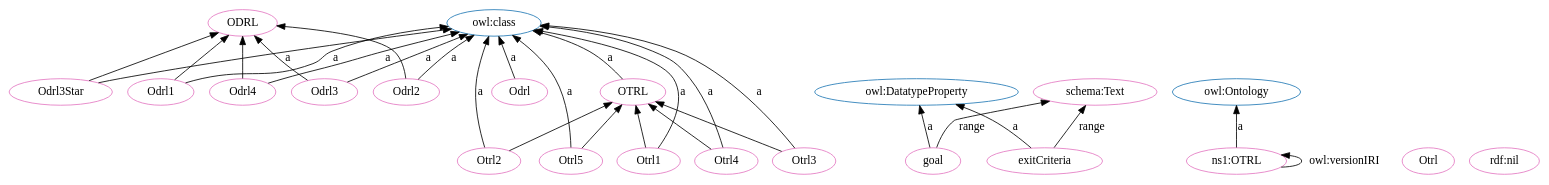
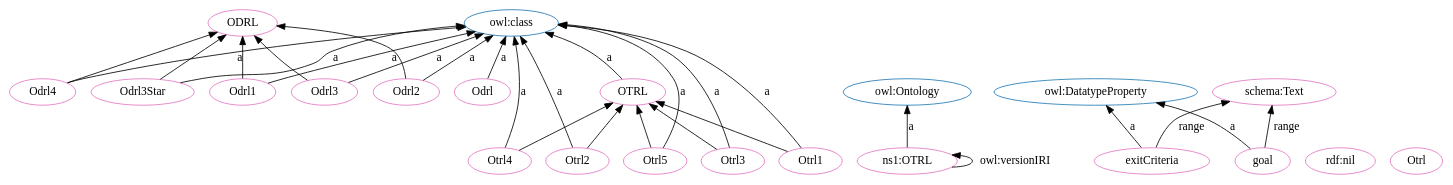
The diagram in OTRL.dot (OPEN-NEXT/OKH-LOSH), drawn with Graphviz before and after one commit. The commit also changed other lines of this file and 15 other files, not shown here.

```diff
--- a/OTRL.dot
+++ b/OTRL.dot
@@ -1,56 +1,56 @@
 digraph G {
   rankdir=BT
   node[height=.3]
 "http://purl.org/oseg/ontologies/OTRL#ODRL" [fillcolor="#1f77b4" color="#1f77b4" label="ODRL"]
+"http://www.w3.org/2002/07/owl#Ontology" [fillcolor="#1f77b4" color="#1f77b4" label="owl:Ontology"]
+"http://www.w3.org/2002/07/owl#class" [fillcolor="#1f77b4" color="#1f77b4" label="owl:class"]
 "http://www.w3.org/2002/07/owl#DatatypeProperty" [fillcolor="#1f77b4" color="#1f77b4" label="owl:DatatypeProperty"]
-"http://www.w3.org/2002/07/owl#Ontology" [fillcolor="#1f77b4" color="#1f77b4" label="owl:Ontology"]
 "http://purl.org/oseg/ontologies/OTRL#OTRL" [fillcolor="#1f77b4" color="#1f77b4" label="OTRL"]
-"http://www.w3.org/2002/07/owl#class" [fillcolor="#1f77b4" color="#1f77b4" label="owl:class"]
+"http://www.w3.org/1999/02/22-rdf-syntax-ns#nil" [fillcolor="#e377c2" color="#e377c2" label="rdf:nil"]
+"http://purl.org/oseg/ontologies/OTRL#Otrl1" [fillcolor="#e377c2" color="#e377c2" label="Otrl1"]
+"http://purl.org/oseg/ontologies/OTRL#ODRL" [fillcolor="#e377c2" color="#e377c2" label="ODRL"]
+"http://purl.org/oseg/ontologies/OTRL#Otrl" [fillcolor="#e377c2" color="#e377c2" label="Otrl"]
+"http://schema.org/Text" [fillcolor="#e377c2" color="#e377c2" label="schema:Text"]
 "http://purl.org/oseg/ontologies/OTRL#OTRL" [fillcolor="#e377c2" color="#e377c2" label="OTRL"]
-"http://purl.org/oseg/ontologies/OTRL#Otrl" [fillcolor="#e377c2" color="#e377c2" label="Otrl"]
-"http://www.w3.org/1999/02/22-rdf-syntax-ns#nil" [fillcolor="#e377c2" color="#e377c2" label="rdf:nil"]
-"http://purl.org/oseg/ontologies/OTRL#Otrl3" [fillcolor="#e377c2" color="#e377c2" label="Otrl3"]
+"http://purl.org/oseg/ontologies/OTRL#Odrl" [fillcolor="#e377c2" color="#e377c2" label="Odrl"]
+"http://purl.org/oseg/ontologies/OTRL#Otrl5" [fillcolor="#e377c2" color="#e377c2" label="Otrl5"]
+"http://purl.org/oseg/ontologies/OTRL#exitCriteria" [fillcolor="#e377c2" color="#e377c2" label="exitCriteria"]
+"http://purl.org/oseg/ontologies/OTRL" [fillcolor="#e377c2" color="#e377c2" label="ns1:OTRL"]
 "http://purl.org/oseg/ontologies/OTRL#Odrl3" [fillcolor="#e377c2" color="#e377c2" label="Odrl3"]
-"http://purl.org/oseg/ontologies/OTRL#ODRL" [fillcolor="#e377c2" color="#e377c2" label="ODRL"]
 "http://purl.org/oseg/ontologies/OTRL#Odrl2" [fillcolor="#e377c2" color="#e377c2" label="Odrl2"]
-"http://schema.org/Text" [fillcolor="#e377c2" color="#e377c2" label="schema:Text"]
-"http://purl.org/oseg/ontologies/OTRL#Otrl1" [fillcolor="#e377c2" color="#e377c2" label="Otrl1"]
-"http://purl.org/oseg/ontologies/OTRL" [fillcolor="#e377c2" color="#e377c2" label="ns1:OTRL"]
 "http://purl.org/oseg/ontologies/OTRL#goal" [fillcolor="#e377c2" color="#e377c2" label="goal"]
-"http://purl.org/oseg/ontologies/OTRL#Odrl4" [fillcolor="#e377c2" color="#e377c2" label="Odrl4"]
-"http://purl.org/oseg/ontologies/OTRL#Odrl" [fillcolor="#e377c2" color="#e377c2" label="Odrl"]
 "http://purl.org/oseg/ontologies/OTRL#Odrl1" [fillcolor="#e377c2" color="#e377c2" label="Odrl1"]
-"http://purl.org/oseg/ontologies/OTRL#exitCriteria" [fillcolor="#e377c2" color="#e377c2" label="exitCriteria"]
-"http://purl.org/oseg/ontologies/OTRL#Otrl2" [fillcolor="#e377c2" color="#e377c2" label="Otrl2"]
 "http://purl.org/oseg/ontologies/OTRL#Otrl4" [fillcolor="#e377c2" color="#e377c2" label="Otrl4"]
 "http://purl.org/oseg/ontologies/OTRL#Odrl3Star" [fillcolor="#e377c2" color="#e377c2" label="Odrl3Star"]
-"http://purl.org/oseg/ontologies/OTRL#Otrl5" [fillcolor="#e377c2" color="#e377c2" label="Otrl5"]
+"http://purl.org/oseg/ontologies/OTRL#Otrl3" [fillcolor="#e377c2" color="#e377c2" label="Otrl3"]
+"http://purl.org/oseg/ontologies/OTRL#Otrl2" [fillcolor="#e377c2" color="#e377c2" label="Otrl2"]
+"http://purl.org/oseg/ontologies/OTRL#Odrl4" [fillcolor="#e377c2" color="#e377c2" label="Odrl4"]
+  "http://purl.org/oseg/ontologies/OTRL#Odrl2" -> "http://purl.org/oseg/ontologies/OTRL#ODRL" [label=""]
+  "http://purl.org/oseg/ontologies/OTRL#exitCriteria" -> "http://schema.org/Text" [label="range"]
+  "http://purl.org/oseg/ontologies/OTRL#Otrl2" -> "http://purl.org/oseg/ontologies/OTRL#OTRL" [label=""]
+  "http://purl.org/oseg/ontologies/OTRL#exitCriteria" -> "http://www.w3.org/2002/07/owl#DatatypeProperty" [label="a"]
+  "http://purl.org/oseg/ontologies/OTRL" -> "http://purl.org/oseg/ontologies/OTRL" [label="owl:versionIRI"]
+  "http://purl.org/oseg/ontologies/OTRL#Odrl1" -> "http://purl.org/oseg/ontologies/OTRL#ODRL" [label=""]
+  "http://purl.org/oseg/ontologies/OTRL#OTRL" -> "http://www.w3.org/2002/07/owl#class" [label="a"]
+  "http://purl.org/oseg/ontologies/OTRL#Otrl4" -> "http://www.w3.org/2002/07/owl#class" [label="a"]
+  "http://purl.org/oseg/ontologies/OTRL#Odrl3Star" -> "http://www.w3.org/2002/07/owl#class" [label="a"]
+  "http://purl.org/oseg/ontologies/OTRL#Otrl3" -> "http://www.w3.org/2002/07/owl#class" [label="a"]
+  "http://purl.org/oseg/ontologies/OTRL#Odrl4" -> "http://www.w3.org/2002/07/owl#class" [label="a"]
+  "http://purl.org/oseg/ontologies/OTRL" -> "http://www.w3.org/2002/07/owl#Ontology" [label="a"]
+  "http://purl.org/oseg/ontologies/OTRL#Otrl1" -> "http://www.w3.org/2002/07/owl#class" [label="a"]
+  "http://purl.org/oseg/ontologies/OTRL#Otrl5" -> "http://www.w3.org/2002/07/owl#class" [label="a"]
   "http://purl.org/oseg/ontologies/OTRL#Odrl3" -> "http://www.w3.org/2002/07/owl#class" [label="a"]
   "http://purl.org/oseg/ontologies/OTRL#Odrl2" -> "http://www.w3.org/2002/07/owl#class" [label="a"]
-  "http://purl.org/oseg/ontologies/OTRL" -> "http://purl.org/oseg/ontologies/OTRL" [label="owl:versionIRI"]
+  "http://purl.org/oseg/ontologies/OTRL#Otrl4" -> "http://purl.org/oseg/ontologies/OTRL#OTRL" [label=""]
   "http://purl.org/oseg/ontologies/OTRL#goal" -> "http://www.w3.org/2002/07/owl#DatatypeProperty" [label="a"]
-  "http://purl.org/oseg/ontologies/OTRL#Otrl4" -> "http://purl.org/oseg/ontologies/OTRL#OTRL" [label=""]
-  "http://purl.org/oseg/ontologies/OTRL#Odrl3" -> "http://purl.org/oseg/ontologies/OTRL#ODRL" [label=""]
-  "http://purl.org/oseg/ontologies/OTRL#Odrl1" -> "http://purl.org/oseg/ontologies/OTRL#ODRL" [label=""]
-  "http://purl.org/oseg/ontologies/OTRL#Odrl" -> "http://www.w3.org/2002/07/owl#class" [label="a"]
+  "http://purl.org/oseg/ontologies/OTRL#Otrl3" -> "http://purl.org/oseg/ontologies/OTRL#OTRL" [label=""]
+  "http://purl.org/oseg/ontologies/OTRL#Odrl1" -> "http://www.w3.org/2002/07/owl#class" [label="a"]
+  "http://purl.org/oseg/ontologies/OTRL#Odrl3Star" -> "http://purl.org/oseg/ontologies/OTRL#ODRL" [label=""]
   "http://purl.org/oseg/ontologies/OTRL#Odrl4" -> "http://purl.org/oseg/ontologies/OTRL#ODRL" [label=""]
   "http://purl.org/oseg/ontologies/OTRL#Otrl1" -> "http://purl.org/oseg/ontologies/OTRL#OTRL" [label=""]
+  "http://purl.org/oseg/ontologies/OTRL#Otrl5" -> "http://purl.org/oseg/ontologies/OTRL#OTRL" [label=""]
   "http://purl.org/oseg/ontologies/OTRL#goal" -> "http://schema.org/Text" [label="range"]
-  "http://purl.org/oseg/ontologies/OTRL#exitCriteria" -> "http://www.w3.org/2002/07/owl#DatatypeProperty" [label="a"]
-  "http://purl.org/oseg/ontologies/OTRL#Odrl2" -> "http://purl.org/oseg/ontologies/OTRL#ODRL" [label=""]
-  "http://purl.org/oseg/ontologies/OTRL#Otrl5" -> "http://purl.org/oseg/ontologies/OTRL#OTRL" [label=""]
-  "http://purl.org/oseg/ontologies/OTRL#Otrl5" -> "http://www.w3.org/2002/07/owl#class" [label="a"]
-  "http://purl.org/oseg/ontologies/OTRL#Otrl3" -> "http://purl.org/oseg/ontologies/OTRL#OTRL" [label=""]
-  "http://purl.org/oseg/ontologies/OTRL#Otrl3" -> "http://www.w3.org/2002/07/owl#class" [label="a"]
-  "http://purl.org/oseg/ontologies/OTRL#Odrl3Star" -> "http://purl.org/oseg/ontologies/OTRL#ODRL" [label=""]
-  "http://purl.org/oseg/ontologies/OTRL#exitCriteria" -> "http://schema.org/Text" [label="range"]
-  "http://purl.org/oseg/ontologies/OTRL#Otrl1" -> "http://www.w3.org/2002/07/owl#class" [label="a"]
-  "http://purl.org/oseg/ontologies/OTRL#Odrl4" -> "http://www.w3.org/2002/07/owl#class" [label="a"]
-  "http://purl.org/oseg/ontologies/OTRL#OTRL" -> "http://www.w3.org/2002/07/owl#class" [label="a"]
-  "http://purl.org/oseg/ontologies/OTRL" -> "http://www.w3.org/2002/07/owl#Ontology" [label="a"]
-  "http://purl.org/oseg/ontologies/OTRL#Odrl1" -> "http://www.w3.org/2002/07/owl#class" [label="a"]
-  "http://purl.org/oseg/ontologies/OTRL#Otrl2" -> "http://purl.org/oseg/ontologies/OTRL#OTRL" [label=""]
   "http://purl.org/oseg/ontologies/OTRL#Otrl2" -> "http://www.w3.org/2002/07/owl#class" [label="a"]
-  "http://purl.org/oseg/ontologies/OTRL#Otrl4" -> "http://www.w3.org/2002/07/owl#class" [label="a"]
-  "http://purl.org/oseg/ontologies/OTRL#Odrl3Star" -> "http://www.w3.org/2002/07/owl#class" [label="a"]
+  "http://purl.org/oseg/ontologies/OTRL#Odrl" -> "http://www.w3.org/2002/07/owl#class" [label="a"]
+  "http://purl.org/oseg/ontologies/OTRL#Odrl3" -> "http://purl.org/oseg/ontologies/OTRL#ODRL" [label=""]
 }
```
